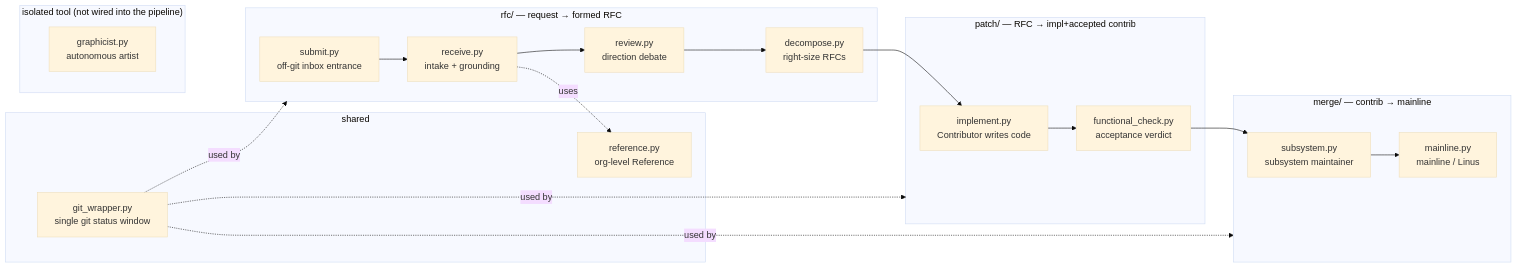
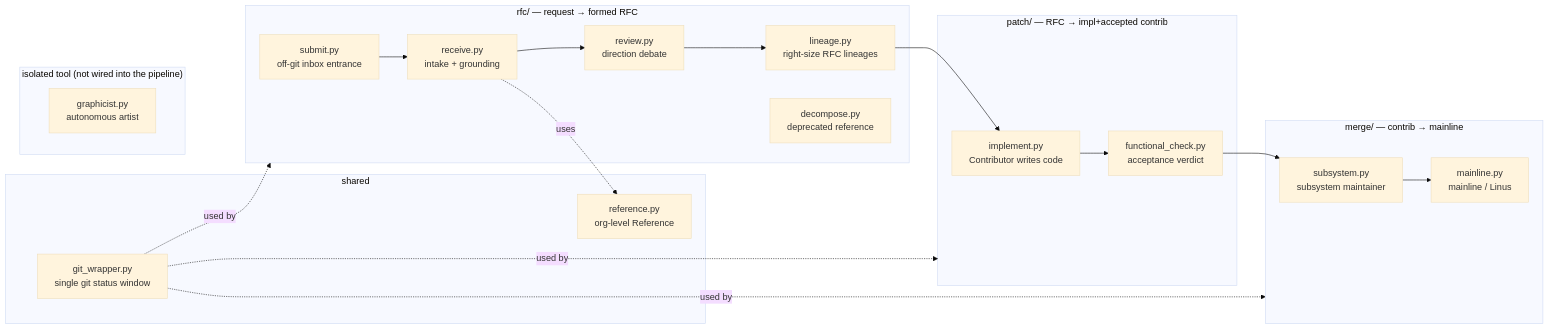
Before and after one commit to mishima-computing/ai-org-bootstrap-codex: the diagram in docs/module-map.md, drawn with Mermaid (base theme). The commit also changed other lines of this file and 5 other files, not shown here.

````diff
--- a/docs/module-map.md
+++ b/docs/module-map.md
@@ -6,28 +6,29 @@
 ```mermaid
 flowchart LR
   subgraph shared["shared"]
     GW["git_wrapper.py<br/>single git status window"]
     REF["reference.py<br/>org-level Reference"]
   end
   subgraph rfc["rfc/ — request → formed RFC"]
     RSUB["submit.py<br/>off-git inbox entrance"]
     RREC["receive.py<br/>intake + grounding"]
     RREV["review.py<br/>direction debate"]
-    RDEC["decompose.py<br/>right-size RFCs"]
+    RLIN["lineage.py<br/>right-size RFC lineages"]
+    RDEC["decompose.py<br/>deprecated reference"]
   end
   subgraph patch["patch/ — RFC → impl+accepted contrib"]
     PIMP["implement.py<br/>Contributor writes code"]
     PACC["functional_check.py<br/>acceptance verdict"]
   end
   subgraph merge["merge/ — contrib → mainline"]
     MSUB["subsystem.py<br/>subsystem maintainer"]
     MMAIN["mainline.py<br/>mainline / Linus"]
   end
   subgraph tool["isolated tool (not wired into the pipeline)"]
     GRAPH["graphicist.py<br/>autonomous artist"]
   end
 
-  RSUB --> RREC --> RREV --> RDEC --> PIMP --> PACC --> MSUB --> MMAIN
+  RSUB --> RREC --> RREV --> RLIN --> PIMP --> PACC --> MSUB --> MMAIN
   RREC -.uses.-> REF
   GW -.used by.-> rfc & patch & merge
 ```
````
